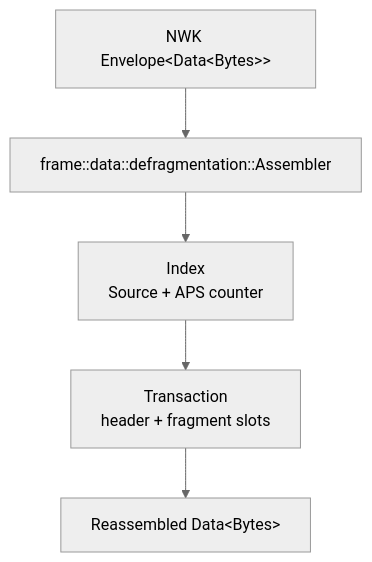
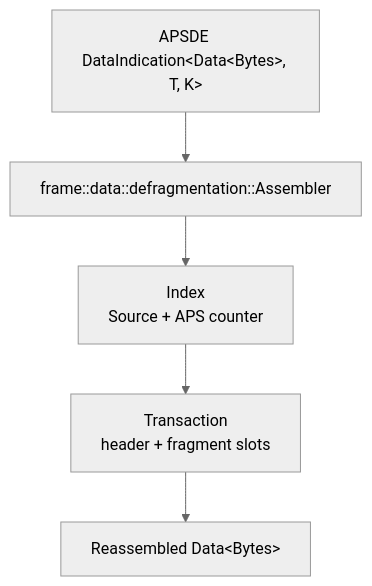
One commit to PaulmannLighting/apis-saltans changed the first of 2 diagrams in aps/ARCHITECTURE.md. Above: the diagram before and after it, drawn with Mermaid (neutral theme). The commit also changed other lines of this file and 29 other files, not shown here.

Commit message:
Migrate `nwk` crate's remaining content to `apsde` and remove `nwk`.

````diff
--- a/aps/ARCHITECTURE.md
+++ b/aps/ARCHITECTURE.md
@@ -6,13 +6,13 @@
 ```mermaid
 flowchart TD
-    Envelope["NWK Envelope&lt;Data&lt;Bytes&gt;&gt;"]
+    Indication["APSDE DataIndication&lt;Data&lt;Bytes&gt;, T, K&gt;"]
     Assembler["frame::data::defragmentation::Assembler"]
     Index["Index<br/>Source + APS counter"]
     Transaction["Transaction<br/>header + fragment slots"]
     Frame["Reassembled Data&lt;Bytes&gt;"]
 
-    Envelope --> Assembler
+    Indication --> Assembler
     Assembler --> Index
     Index --> Transaction
     Transaction --> Frame
 ```
````
